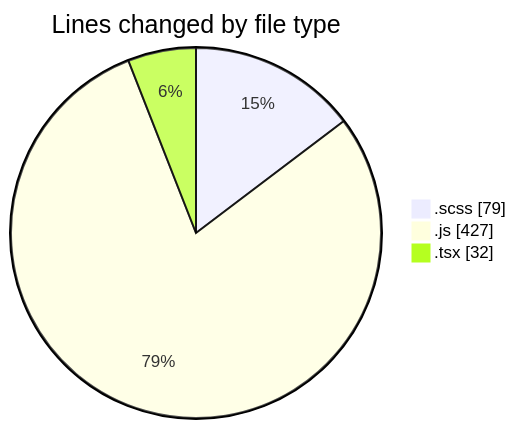
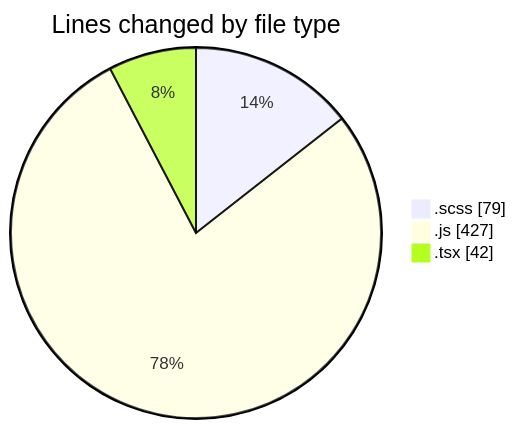
The first of 2 diagrams in 2025-03-17/cda/README.md (momahboobian/code-tracking), drawn with Mermaid before and after one commit. The commit also changed other lines of this file and 1 other file, not shown here.

````diff
--- a/2025-03-17/cda/README.md
+++ b/2025-03-17/cda/README.md
@@ -22,7 +22,7 @@
 ```mermaid
 pie showData
 title Lines changed by file type
 ".scss" : 79
 ".js" : 427
-".tsx" : 32
+".tsx" : 42
 ```
````
